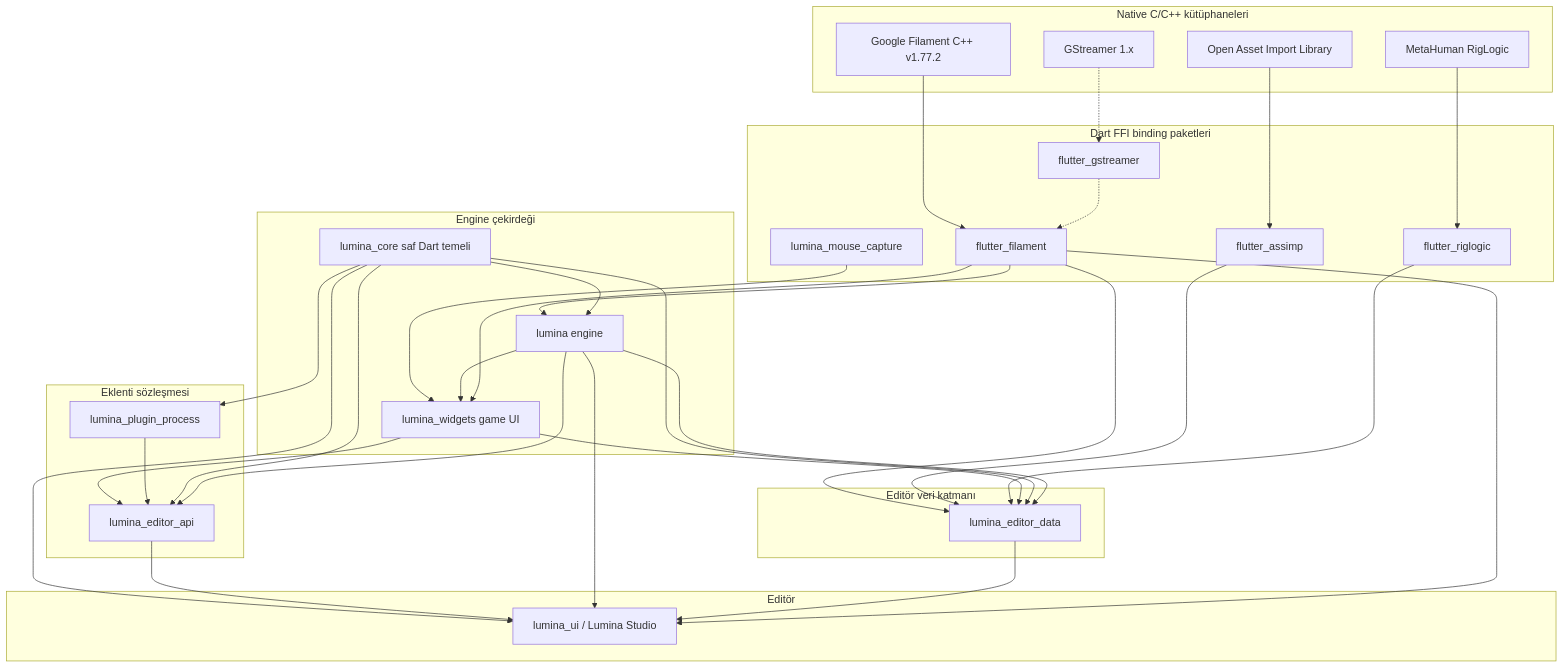
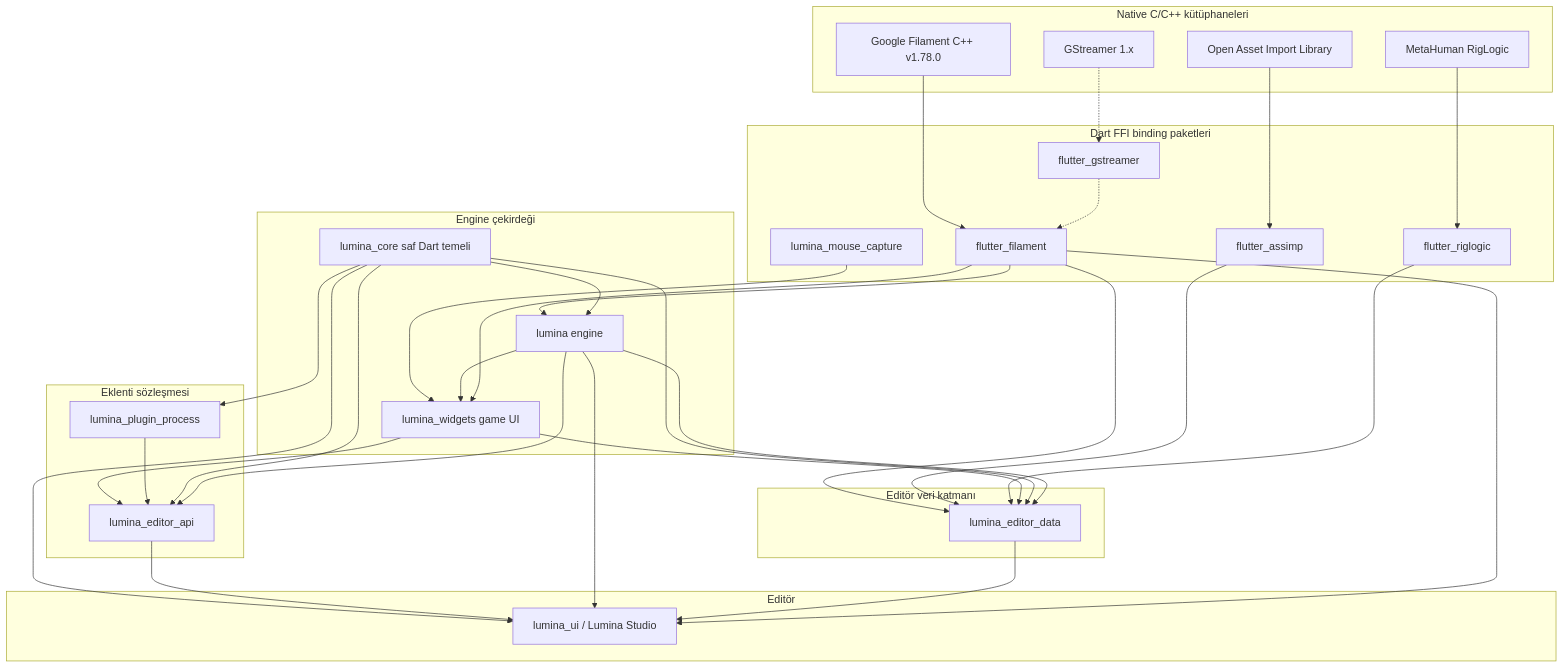
One commit to LuminaGame/lumina changed the diagram in docs/tr/overview/layers.md. Above: the diagram before and after it, drawn with Mermaid. The commit also changed other lines of this file and 58 other files, not shown here.

````diff
--- a/docs/tr/overview/layers.md
+++ b/docs/tr/overview/layers.md
@@ -11,66 +11,66 @@
 ```mermaid
 graph TD
     subgraph C_Level [Native C/C++ kütüphaneleri]
-        FilamentCPP[Google Filament C++ v1.77.2]
+        FilamentCPP[Google Filament C++ v1.78.0]
         AssimpCPP[Open Asset Import Library]
         RigLogicCPP[MetaHuman RigLogic]
         GStreamerC[GStreamer 1.x]
     end
 
     subgraph FFI_Level [Dart FFI binding paketleri]
         FlutterFilament[flutter_filament]
         FlutterAssimp[flutter_assimp]
         FlutterRiglogic[flutter_riglogic]
         FlutterGStreamer[flutter_gstreamer]
         MouseCapture[lumina_mouse_capture]
     end
 
     subgraph Core_Level [Engine çekirdeği]
         PureCore[lumina_core saf Dart temeli]
         LuminaCore[lumina engine]
         LuminaWidgets[lumina_widgets game UI]
     end
 
     subgraph Data_Level [Editör veri katmanı]
         LuminaData[lumina_editor_data]
     end
 
     subgraph Plugin_Level [Eklenti sözleşmesi]
         PluginProcess[lumina_plugin_process]
         EditorAPI[lumina_editor_api]
     end
 
     subgraph Studio_Level [Editör]
         LuminaUI[lumina_ui / Lumina Studio]
     end
 
     FilamentCPP --> FlutterFilament
     AssimpCPP --> FlutterAssimp
     RigLogicCPP --> FlutterRiglogic
     GStreamerC -.-> FlutterGStreamer
 
     FlutterFilament --> LuminaCore
     FlutterFilament --> LuminaData
     FlutterAssimp --> LuminaData
     FlutterRiglogic --> LuminaData
     MouseCapture --> LuminaWidgets
     LuminaCore --> LuminaWidgets
     FlutterFilament --> LuminaWidgets
     LuminaWidgets --> LuminaData
     LuminaWidgets --> EditorAPI
     FlutterGStreamer -.-> FlutterFilament
 
     PureCore --> LuminaCore
     PureCore --> LuminaData
     PureCore --> PluginProcess
     PluginProcess --> EditorAPI
     PureCore --> EditorAPI
     PureCore --> LuminaUI
     LuminaCore --> LuminaData
     LuminaCore --> EditorAPI
 
     EditorAPI --> LuminaUI
     LuminaCore --> LuminaUI
     LuminaData --> LuminaUI
     FlutterFilament --> LuminaUI
 ```
````
